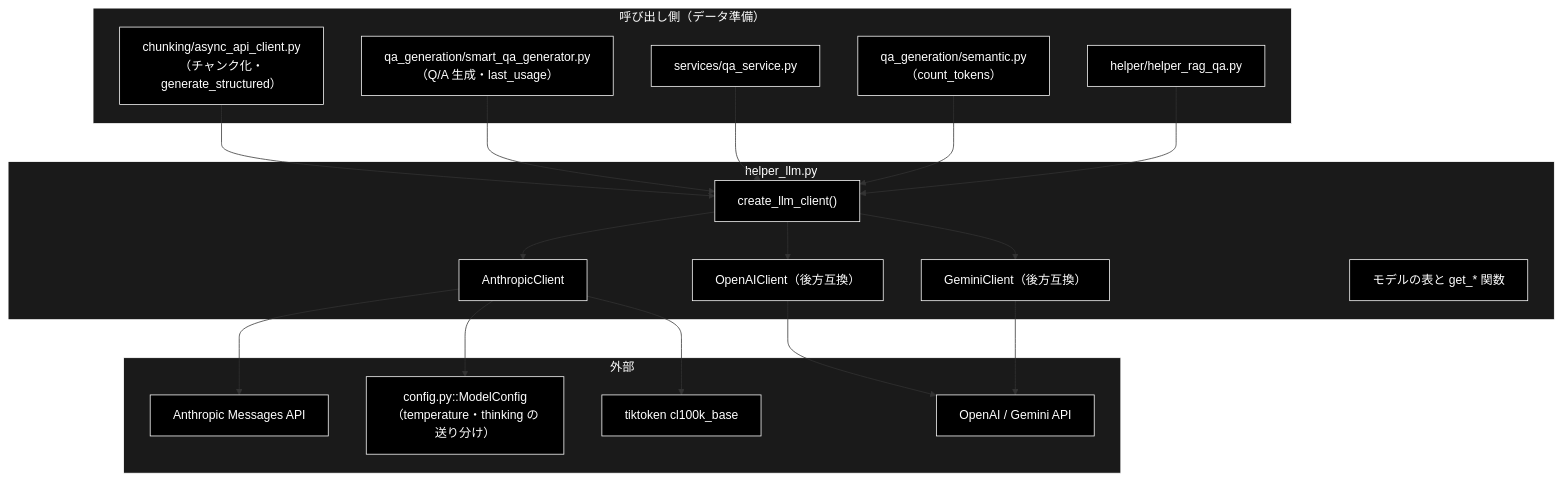
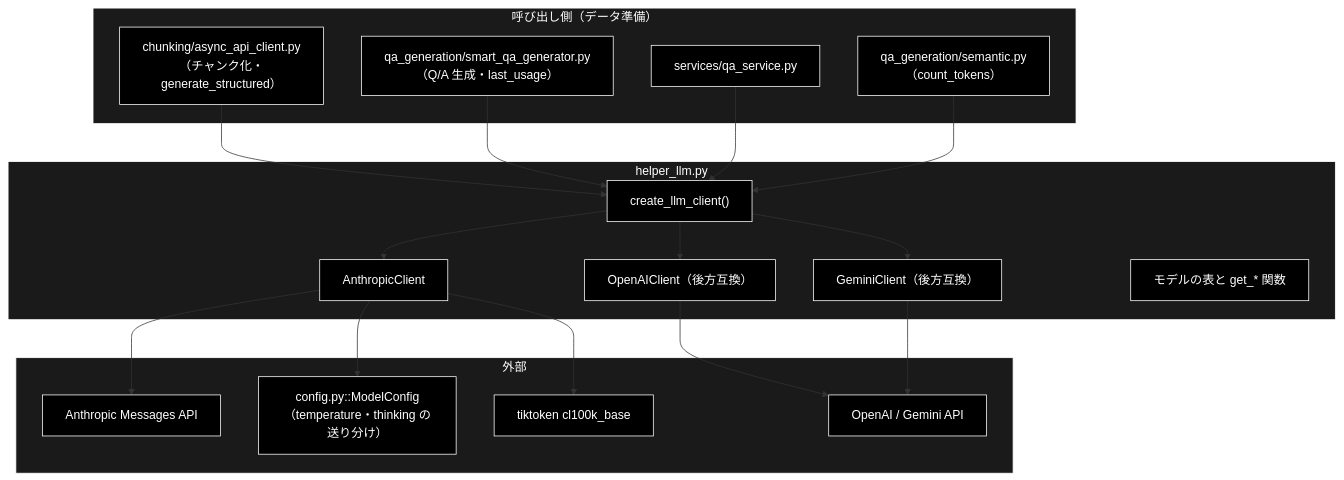
One commit to nakashima2toshio/grace_v2 changed the first of 3 diagrams in helper/docs/helper_llm.md. Above: the diagram before and after it, drawn with Mermaid. The commit also changed other lines of this file and 36 other files, not shown here.

````diff
--- a/helper/docs/helper_llm.md
+++ b/helper/docs/helper_llm.md
@@ -70,45 +70,43 @@
 ```mermaid
 flowchart TB
     subgraph CALLER["呼び出し側（データ準備）"]
         CHK["chunking/async_api_client.py<br>（チャンク化・generate_structured）"]
         SQA["qa_generation/smart_qa_generator.py<br>（Q/A 生成・last_usage）"]
         QAS["services/qa_service.py"]
         SEM["qa_generation/semantic.py<br>（count_tokens）"]
-        RQA["helper/helper_rag_qa.py"]
     end
 
     subgraph MODULE["helper_llm.py"]
         FAC["create_llm_client()"]
         ANT["AnthropicClient"]
         OAI["OpenAIClient（後方互換）"]
         GEM["GeminiClient（後方互換）"]
         TBL["モデルの表と get_* 関数"]
     end
 
     subgraph EXTERNAL["外部"]
         AAPI["Anthropic Messages API"]
         CFG["config.py::ModelConfig<br>（temperature・thinking の送り分け）"]
         TIK["tiktoken cl100k_base"]
         OTH["OpenAI / Gemini API"]
     end
 
     CHK --> FAC
     SQA --> FAC
     QAS --> FAC
     SEM --> FAC
-    RQA --> FAC
     FAC --> ANT
     FAC --> OAI
     FAC --> GEM
     ANT --> AAPI
     ANT --> CFG
     ANT --> TIK
     OAI --> OTH
     GEM --> OTH
 classDef default fill:#000,stroke:#fff,color:#fff
 classDef subgraphStyle fill:#1a1a1a,stroke:#fff,color:#fff
-class CHK,SQA,QAS,SEM,RQA,FAC,ANT,OAI,GEM,TBL,AAPI,CFG,TIK,OTH default
+class CHK,SQA,QAS,SEM,FAC,ANT,OAI,GEM,TBL,AAPI,CFG,TIK,OTH default
 style CALLER fill:#1a1a1a,stroke:#fff,color:#fff
 style MODULE fill:#1a1a1a,stroke:#fff,color:#fff
 style EXTERNAL fill:#1a1a1a,stroke:#fff,color:#fff
 ```
````
